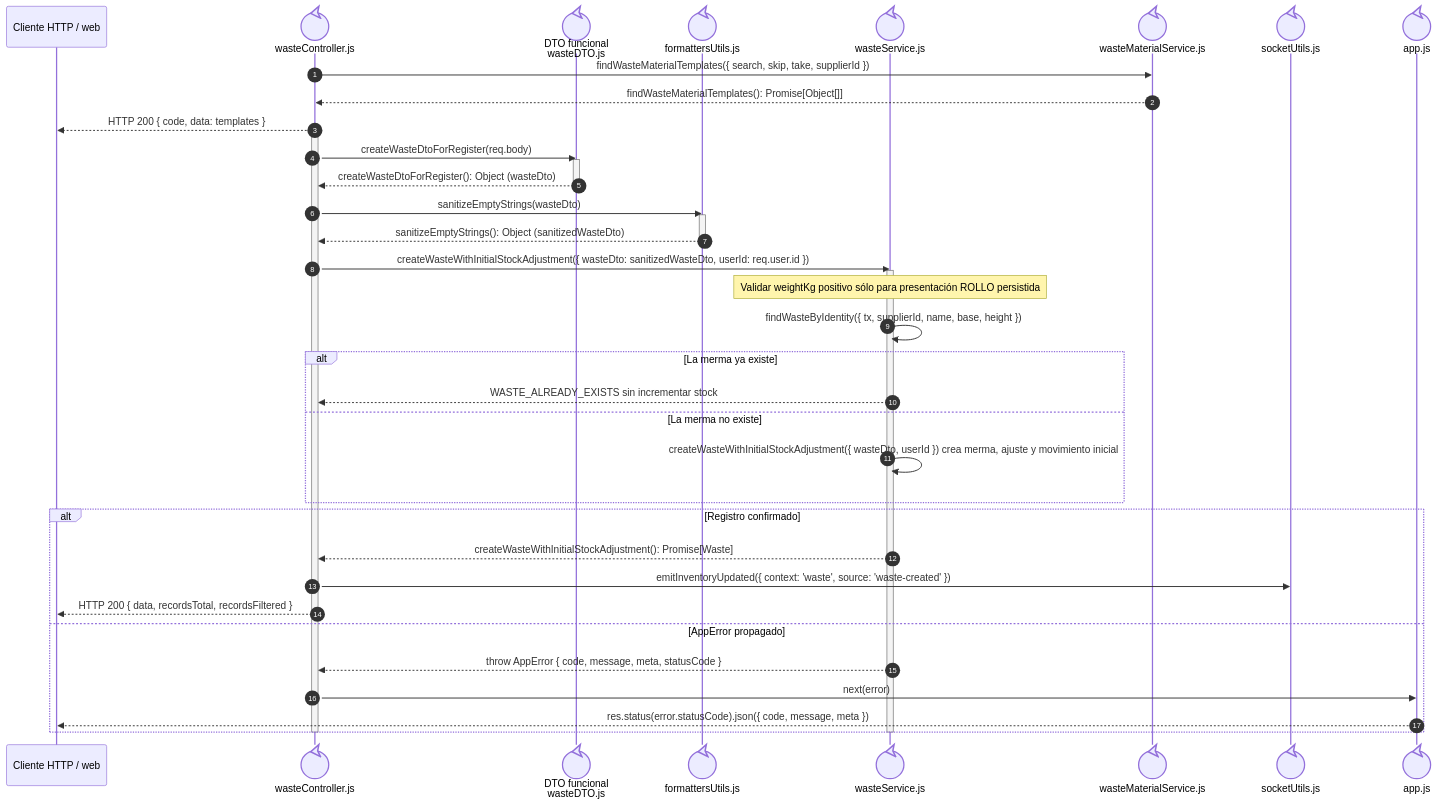
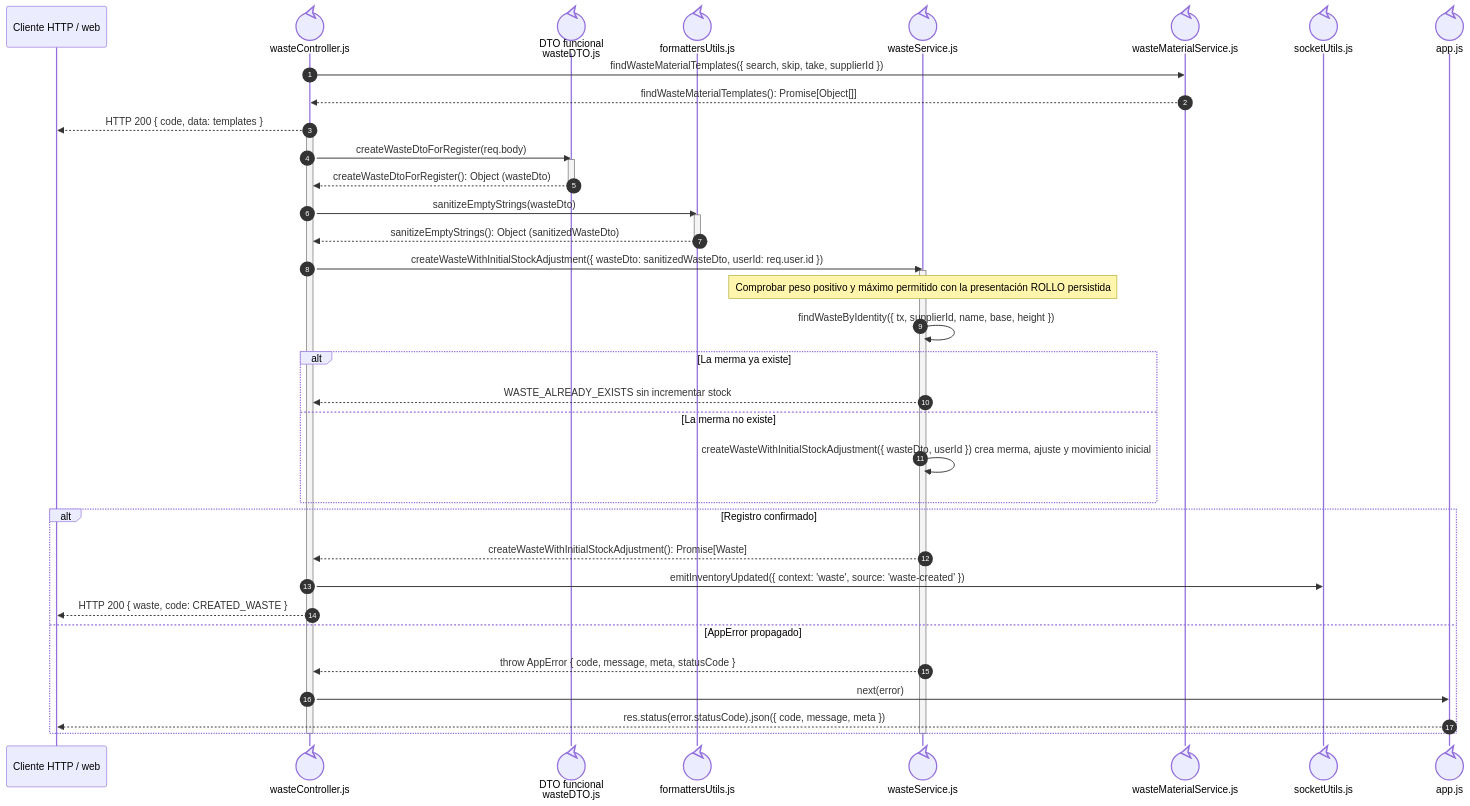
Before and after one commit to gpgsistemas01/nexus: the second of 2 diagrams in docs/architecture/views/processes/backend-code-sequences/catalogs/cu-alm-10.md, drawn with Mermaid. The commit also changed other lines of this file and 24 other files, not shown here.

Commit message:
Use three integer and two decimal digits for waste weight

````diff
--- a/docs/architecture/views/processes/backend-code-sequences/catalogs/cu-alm-10.md
+++ b/docs/architecture/views/processes/backend-code-sequences/catalogs/cu-alm-10.md
@@ -78,45 +79,45 @@
 ```mermaid
 sequenceDiagram
     autonumber
     participant Client as Cliente HTTP / web
     participant Controller@{ "type": "control" } as wasteController.js
     participant WasteDto@{ "type": "control" } as DTO funcional<br/>wasteDTO.js
     participant Formatter@{ "type": "control" } as formattersUtils.js
     participant Domain@{ "type": "control" } as wasteService.js
     participant Templates@{ "type": "control" } as wasteMaterialService.js
     participant Socket@{ "type": "control" } as socketUtils.js
     participant ErrorHandler@{ "type": "control" } as app.js
 
     Controller->>Templates: findWasteMaterialTemplates({ search, skip, take, supplierId })
     Templates-->>Controller: findWasteMaterialTemplates(): Promise[Object[]]
     Controller-->>Client: HTTP 200 { code, data: templates }
     activate Controller
     Controller->>WasteDto: createWasteDtoForRegister(req.body)
     activate WasteDto
     WasteDto-->>Controller: createWasteDtoForRegister(): Object (wasteDto)
     deactivate WasteDto
     Controller->>Formatter: sanitizeEmptyStrings(wasteDto)
     activate Formatter
     Formatter-->>Controller: sanitizeEmptyStrings(): Object (sanitizedWasteDto)
     deactivate Formatter
     Controller->>Domain: createWasteWithInitialStockAdjustment({ wasteDto: sanitizedWasteDto, userId: req.user.id })
     activate Domain
-    Note over Domain: Validar weightKg positivo sólo para presentación ROLLO persistida
+    Note over Domain: Comprobar peso positivo y máximo permitido con la presentación ROLLO persistida
     Domain->>Domain: findWasteByIdentity({ tx, supplierId, name, base, height })
     alt La merma ya existe
         Domain-->>Controller: WASTE_ALREADY_EXISTS sin incrementar stock
     else La merma no existe
         Domain->>Domain: createWasteWithInitialStockAdjustment({ wasteDto, userId }) crea merma, ajuste y movimiento inicial
     end
     alt Registro confirmado
         Domain-->>Controller: createWasteWithInitialStockAdjustment(): Promise[Waste]
         Controller->>Socket: emitInventoryUpdated({ context: 'waste', source: 'waste-created' })
-        Controller-->>Client: HTTP 200 { data, recordsTotal, recordsFiltered }
+        Controller-->>Client: HTTP 200 { waste, code: CREATED_WASTE }
     else AppError propagado
         Domain-->>Controller: throw AppError { code, message, meta, statusCode }
         Controller->>ErrorHandler: next(error)
         ErrorHandler-->>Client: res.status(error.statusCode).json({ code, message, meta })
     end
     deactivate Domain
     deactivate Controller
 ```
````
